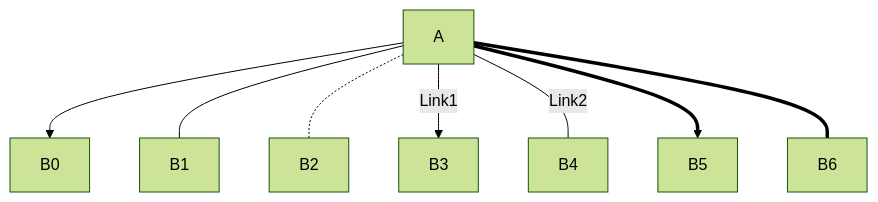
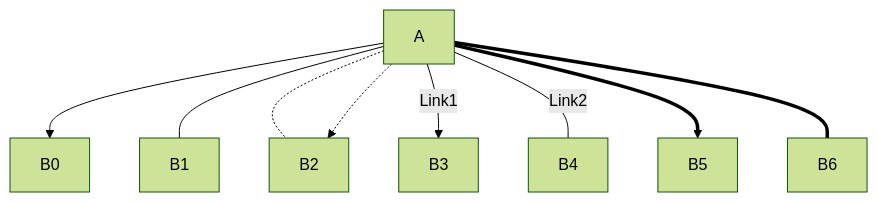
The eighth of 10 diagrams in doc_programme_soft/01.1. mermaid/30. 流程图-graph.md (everforcc/DocJava), drawn with Mermaid (forest theme) before and after one commit. The commit also changed 3 other files, not shown here.

````diff
--- a/doc_programme_soft/01.1. mermaid/30. 流程图-graph.md
+++ b/doc_programme_soft/01.1. mermaid/30. 流程图-graph.md
@@ -80,10 +80,11 @@
 ```mermaid
 graph TB
     A --> B0
     A --- B1
     A -.- B2
+    A -.-> B2
     A -->|Link1| B3
     A ---|Link2| B4
     A ==> B5
     A === B6
 ```
````
